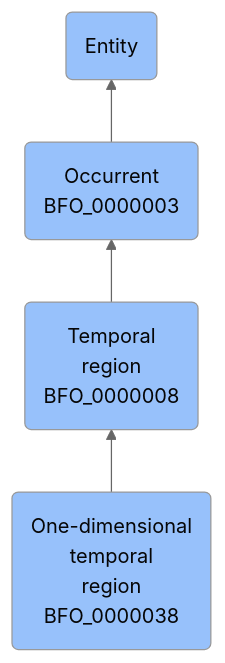
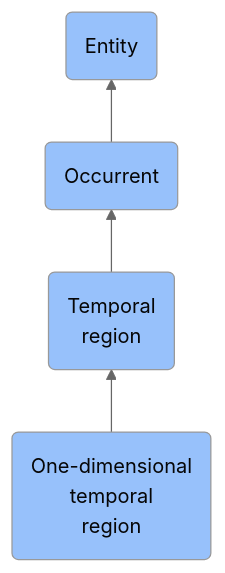
One commit to jupyter-naas/abi changed the diagram in docs/ontology/reference/model/Entity/Occurrent/Temporal region/One-dimensional temporal region/One-dimensional temporal region.md. Above: the diagram before and after it, drawn with Mermaid (neutral theme). The commit also changed other lines of this file and 1430 other files, not shown here.

````diff
--- a/docs/ontology/reference/model/Entity/Occurrent/Temporal region/One-dimensional temporal region/One-dimensional temporal region.md
+++ b/docs/ontology/reference/model/Entity/Occurrent/Temporal region/One-dimensional temporal region/One-dimensional temporal region.md
@@ -24,11 +24,11 @@
 ```mermaid
 graph BT
-    BFO_0000038(One-dimensional<br>temporal<br>region<br>BFO_0000038):::BFO-->BFO_0000008
-    BFO_0000008(Temporal<br>region<br>BFO_0000008):::BFO-->BFO_0000003
-    BFO_0000003(Occurrent<br>BFO_0000003):::BFO-->BFO_0000001
+    BFO_0000038(One-dimensional<br>temporal<br>region):::BFO-->BFO_0000008
+    BFO_0000008(Temporal<br>region):::BFO-->BFO_0000003
+    BFO_0000003(Occurrent):::BFO-->BFO_0000001
     BFO_0000001(Entity):::BFO
     
     classDef BFO fill:#97c1fb,color:#060606
     classDef CCO fill:#e4c51e,color:#060606
     classDef ABI fill:#48DD82,color:#060606
 ```
````
